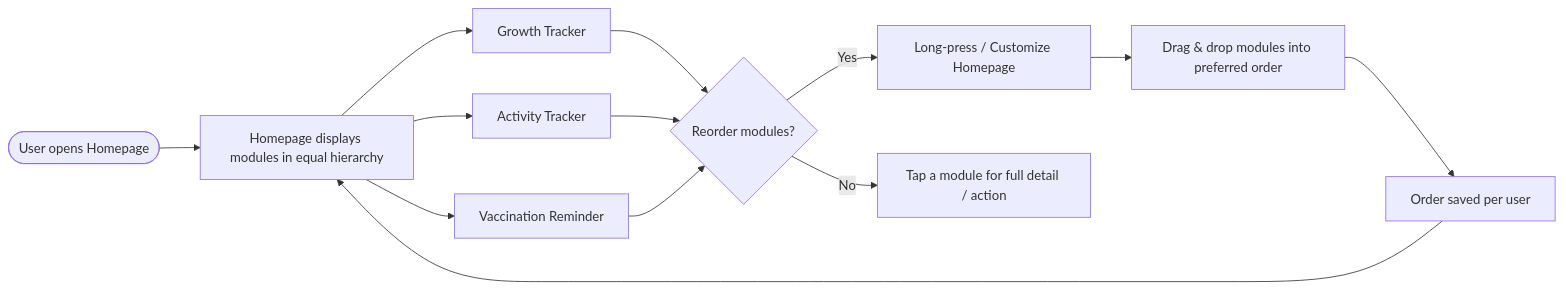
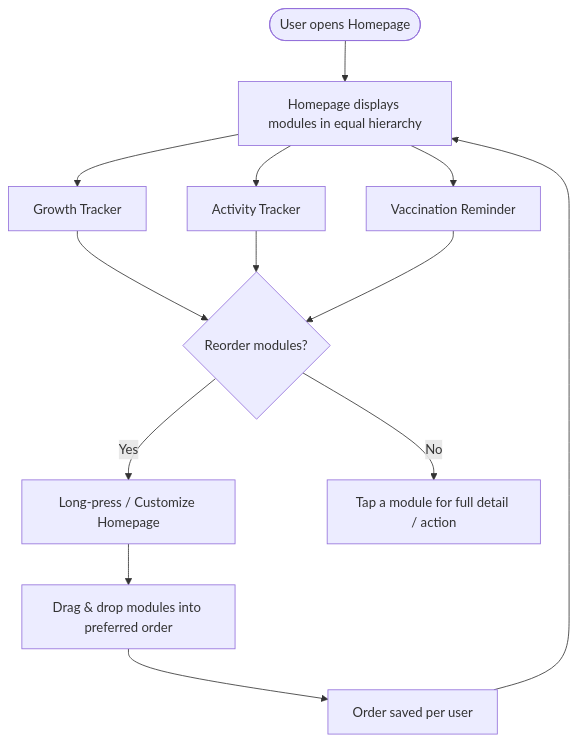
The diagram in content/slides/tentang-anak/index.md (maulanna-enoch/markdown-slides), drawn with Mermaid before and after one commit.

````diff
--- a/content/slides/tentang-anak/index.md
+++ b/content/slides/tentang-anak/index.md
@@ -160,18 +160,18 @@
 ```mermaid
-flowchart LR
+flowchart TD
     Start([User opens Homepage]) --> Modules[Homepage displays modules in equal hierarchy]
     Modules --> GT[Growth Tracker]
     Modules --> AT[Activity Tracker]
     Modules --> VR[Vaccination Reminder]
  
     GT --> Reorder{Reorder modules?}
     AT --> Reorder
     VR --> Reorder
  
     Reorder -- Yes --> Customize[Long-press / Customize Homepage]
     Customize --> DragDrop[Drag & drop modules into preferred order]
     DragDrop --> Save[Order saved per user]
     Save --> Modules
  
     Reorder -- No --> Detail[Tap a module for full detail / action]
 ```
````
